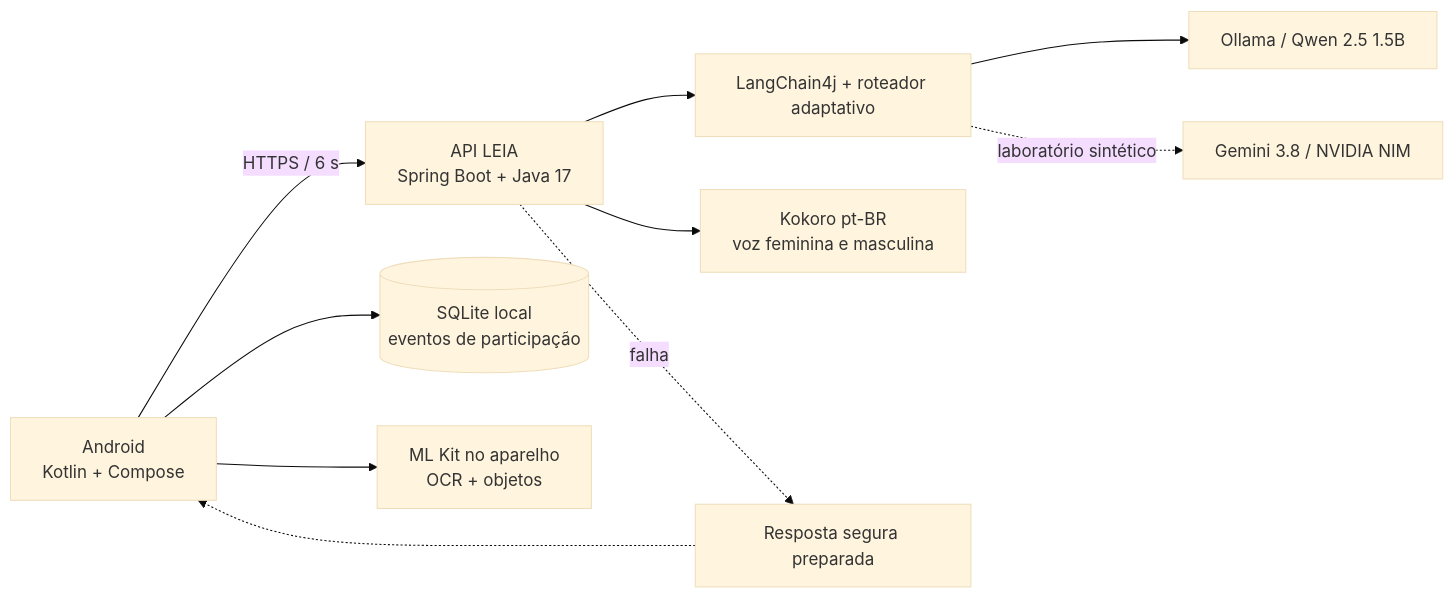
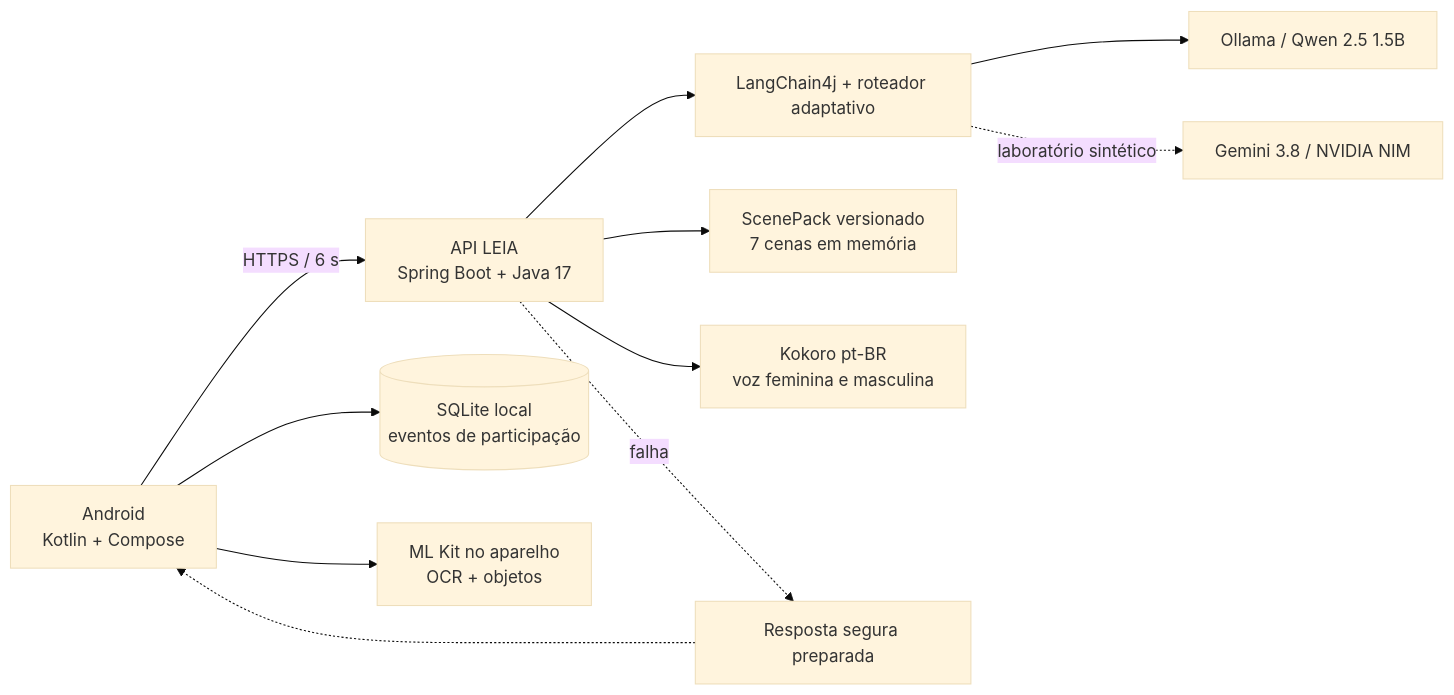
One commit to Victorzinn704/InterpretaAI changed the diagram in README.md. Above: the diagram before and after it, drawn with Mermaid (base theme). The commit also changed other lines of this file and 17 other files, not shown here.

````diff
--- a/README.md
+++ b/README.md
@@ -138,12 +138,13 @@
 ```mermaid
 flowchart LR
     A[Android\nKotlin + Compose] -->|HTTPS / 6 s| B[API LEIA\nSpring Boot + Java 17]
     A --> C[(SQLite local\neventos de participação)]
     A --> D[ML Kit no aparelho\nOCR + objetos]
     B --> E[LangChain4j + roteador adaptativo]
+    B --> J[ScenePack versionado\n7 cenas em memória]
     E --> F[Ollama / Qwen 2.5 1.5B]
     E -. laboratório sintético .-> I[Gemini 3.8 / NVIDIA NIM]
     B --> G[Kokoro pt-BR\nvoz feminina e masculina]
     B -. falha .-> H[Resposta segura preparada]
     H -.-> A
 ```
````
